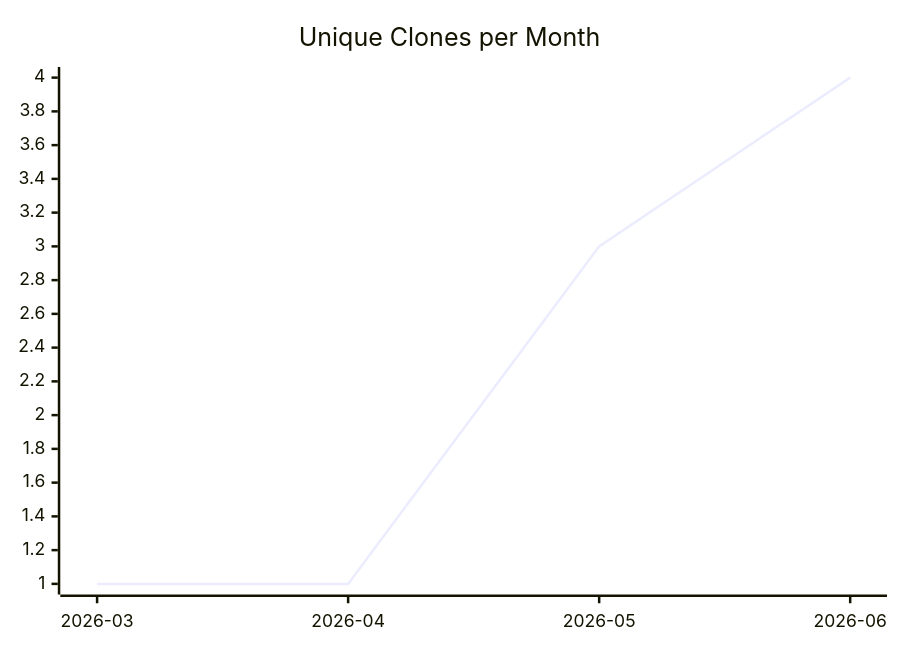
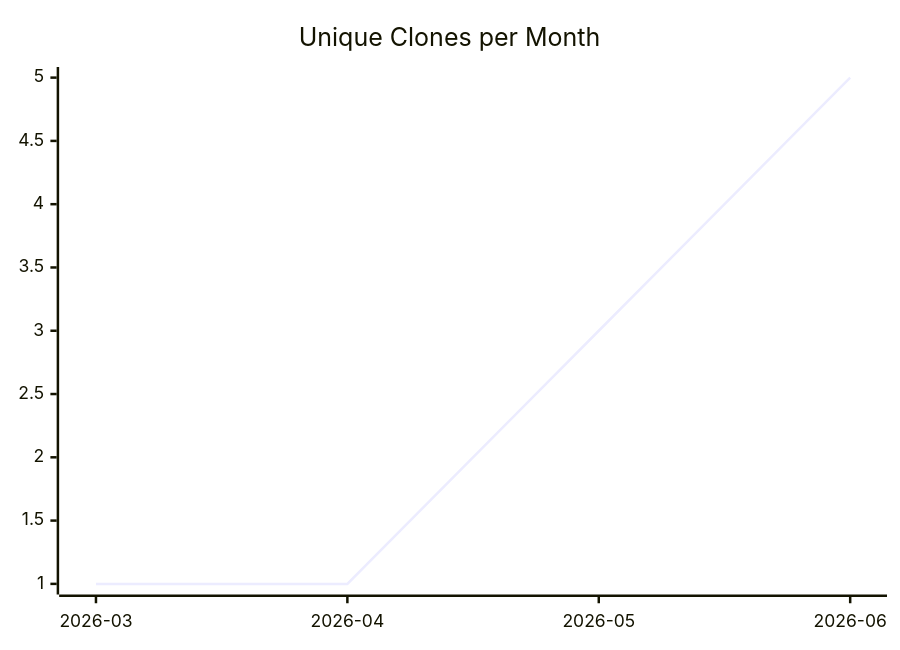
The third of 3 diagrams in karlmdavis/ansible/README.md (justdavis-family/github-analytics-data), drawn with Mermaid before and after one commit. The commit also changed other lines of this file and 197 other files, not shown here.

````diff
--- a/karlmdavis/ansible/README.md
+++ b/karlmdavis/ansible/README.md
@@ -19,6 +19,6 @@
 ```mermaid
 xychart-beta
   title "Unique Clones per Month"
   x-axis ["2026-03", "2026-04", "2026-05", "2026-06"]
-  line [1, 1, 3, 4]
+  line [1, 1, 3, 5]
 ```
````
